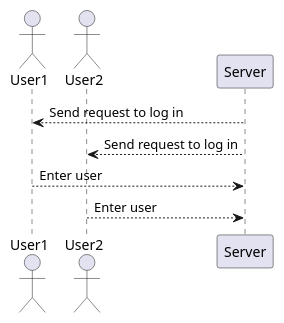
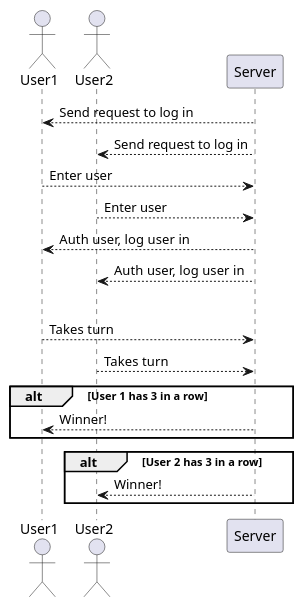
One commit to Jack-Pelletier/OODFinalProject changed the diagram in gameLogicUML.puml. Above: the diagram before and after it, drawn with PlantUML.

Commit message:
adding functionality for turns/winning

```diff
--- a/gameLogicUML.puml
+++ b/gameLogicUML.puml
@@ -1,12 +1,27 @@
 @startuml atm sequence
 
 actor User1 as u1
 actor User2 as u2
 participant Server as s
 
 s --> u1: Send request to log in 
 s --> u2: Send request to log in
 u1 --> s: Enter user
 u2 --> s: Enter user
+s --> u1: Auth user, log user in
+s --> u2: Auth user, log user in
+
+
+alt User 1 wins
+u1 --> s: Takes turn
+u2 --> s: Takes turn 
+
+alt User 1 has 3 in a row
+    s --> u1: Winner!
+end
+
+alt User 2 has 3 in a row  
+    s --> u2: Winner!
+end
 
 @enduml
```
